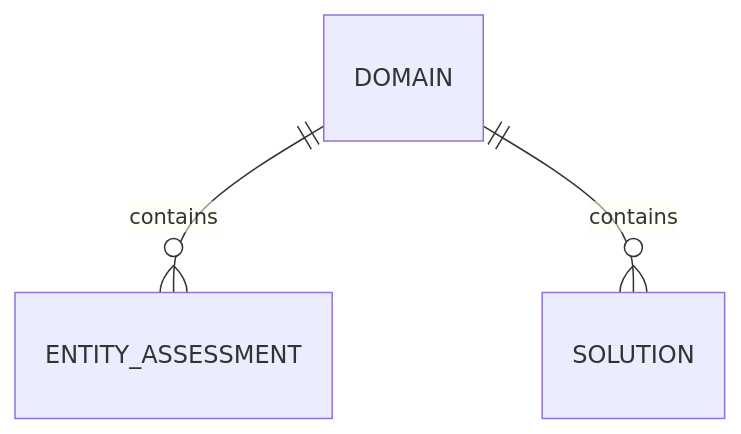
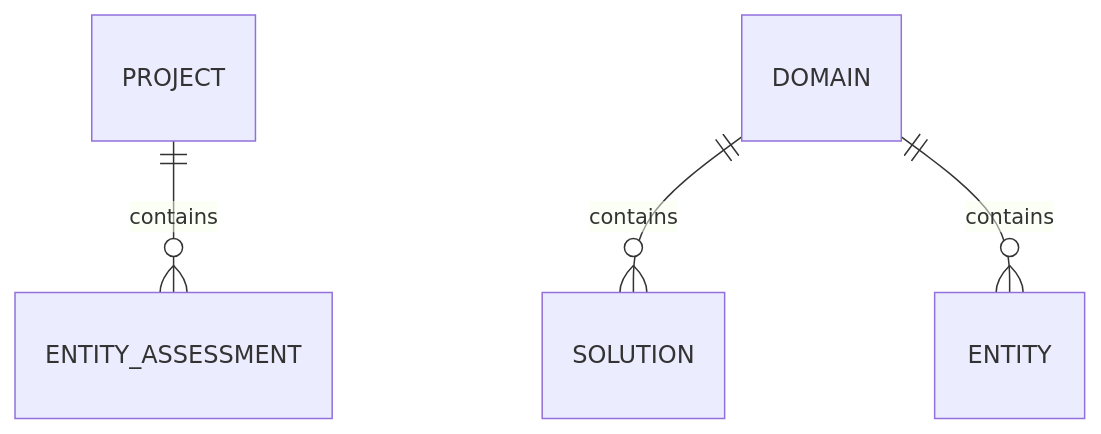
The ninth of 9 diagrams in documentation/architecture/data-model.md (intuitem/ciso-assistant-community), drawn with Mermaid before and after one commit. The commit also changed other lines of this file, not shown here.

````diff
--- a/documentation/architecture/data-model.md
+++ b/documentation/architecture/data-model.md
@@ -1212,5 +1212,6 @@
 ```mermaid
 erDiagram
-    DOMAIN          ||--o{ ENTITY_ASSESSMENT    : contains
+    PROJECT         ||--o{ ENTITY_ASSESSMENT    : contains
     DOMAIN          ||--o{ SOLUTION             : contains
+    DOMAIN          ||--o{ ENTITY               : contains
 ```
````
